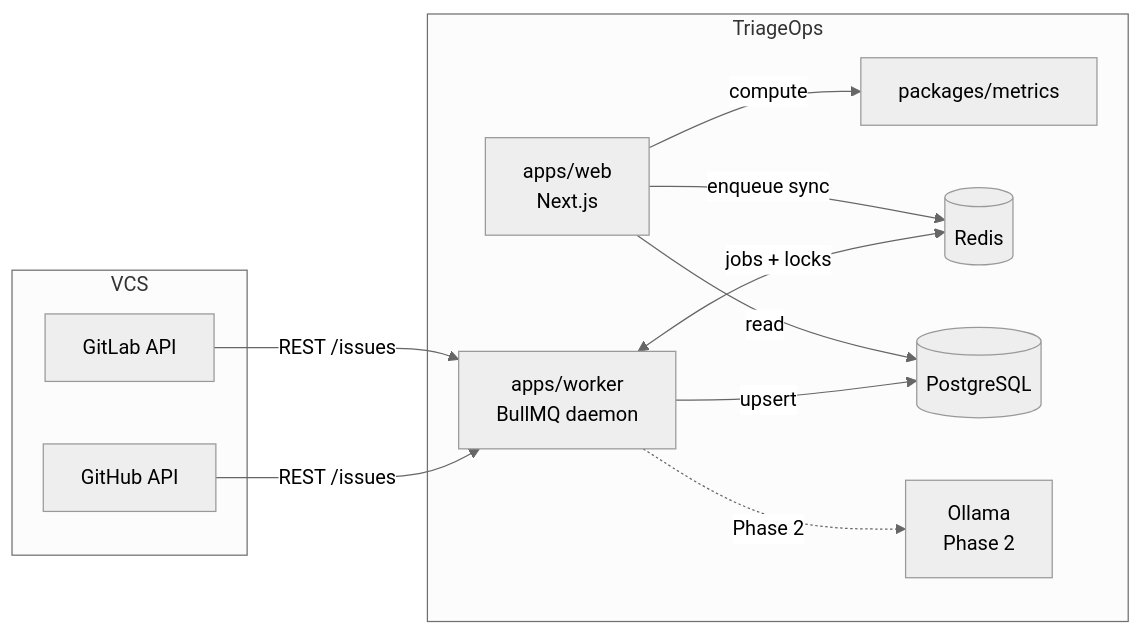
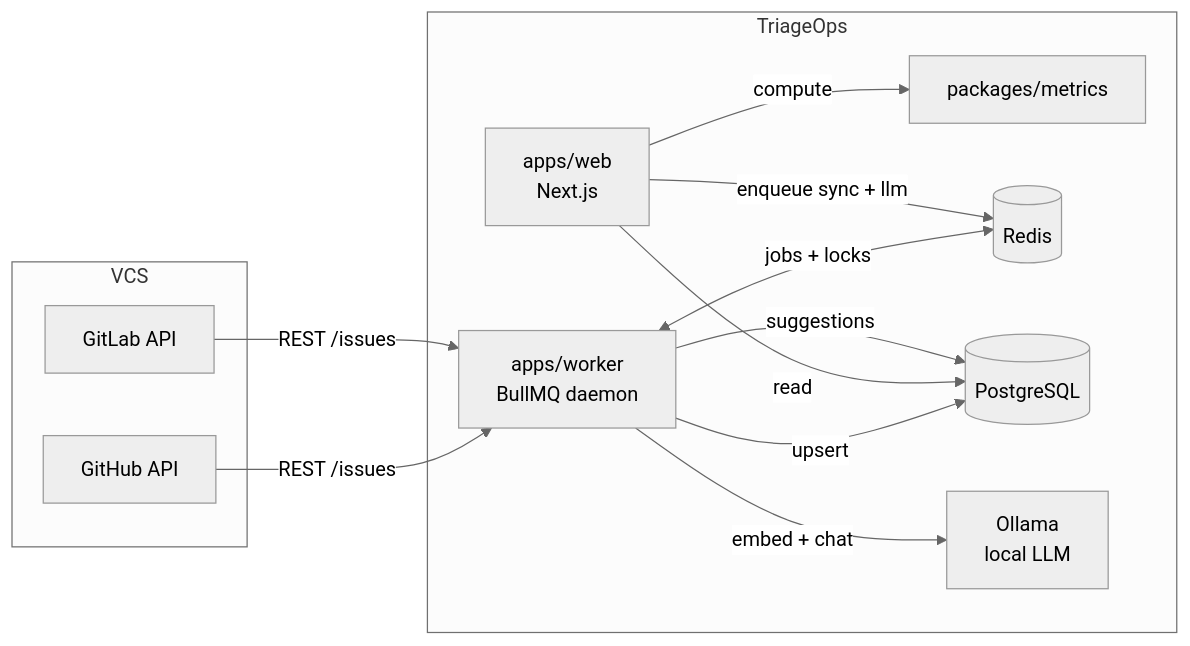
One commit to ktauchert/triage-ops changed the diagram in docs/architecture.md. Above: the diagram before and after it, drawn with Mermaid (neutral theme). The commit also changed other lines of this file and 30 other files, not shown here.

````diff
--- a/docs/architecture.md
+++ b/docs/architecture.md
@@ -7,25 +7,26 @@
 ```mermaid
 flowchart LR
   subgraph VCS
     GH[GitHub API]
     GL[GitLab API]
   end
 
   subgraph TriageOps
     WEB[apps/web\nNext.js]
     WORKER[apps/worker\nBullMQ daemon]
     METRICS[packages/metrics]
     REDIS[(Redis)]
     PG[(PostgreSQL)]
-    OLLAMA[Ollama\nPhase 2]
+    OLLAMA[Ollama\nlocal LLM]
   end
 
   GH -->|REST /issues| WORKER
   GL -->|REST /issues| WORKER
   WORKER -->|upsert| PG
   WORKER <-->|jobs + locks| REDIS
   WEB -->|read| PG
   WEB -->|compute| METRICS
-  WEB -->|enqueue sync| REDIS
-  WORKER -.->|Phase 2| OLLAMA
+  WEB -->|enqueue sync + llm| REDIS
+  WORKER -->|embed + chat| OLLAMA
+  WORKER -->|suggestions| PG
 ```
````
